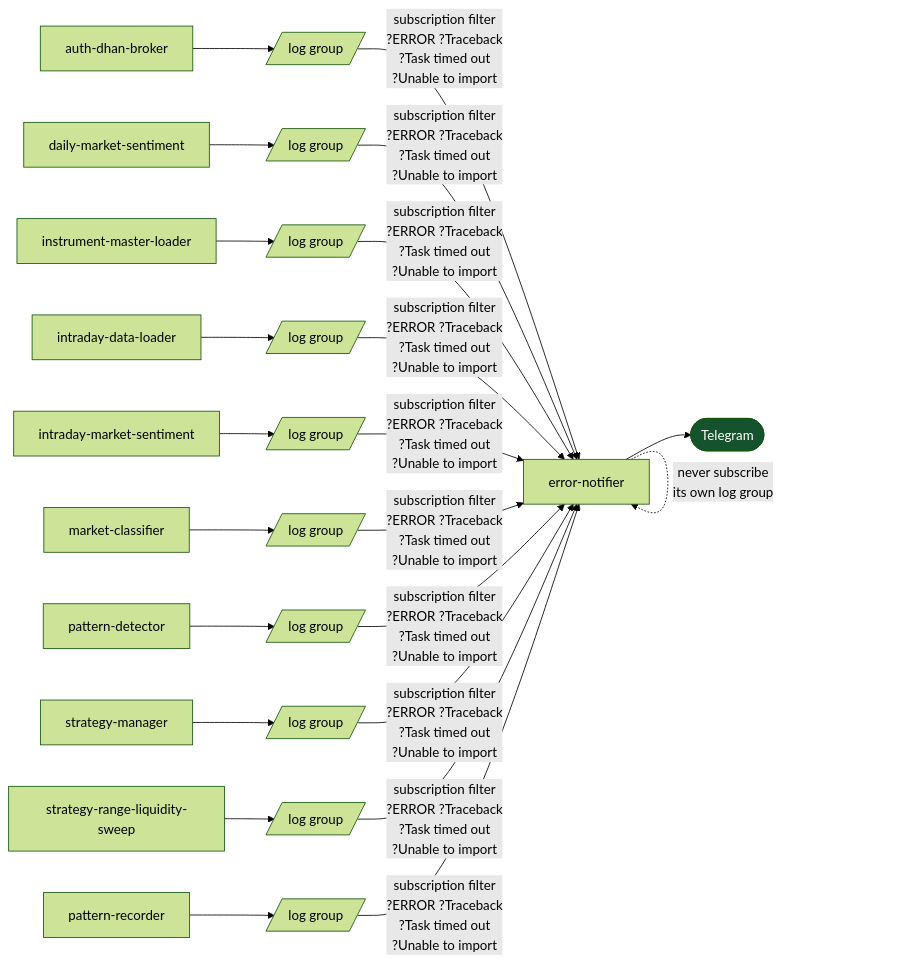
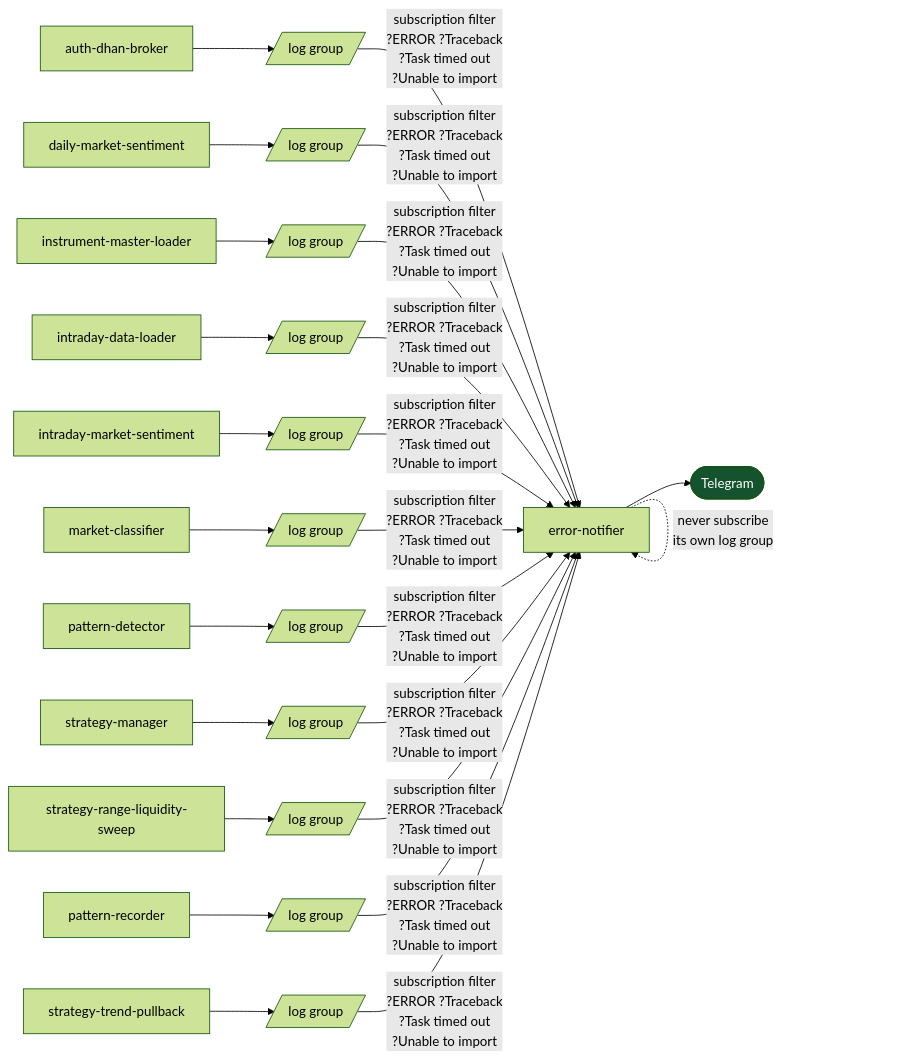
Before and after one commit to amar7585/aws-algo-claude: the seventh of 7 diagrams in docs/flow.md, drawn with Mermaid (forest theme). The commit also changed other lines of this file and 3 other files, not shown here.

Commit message:
docs: strategy-trend-pullback live; manager routes on day_trend first

````diff
--- a/docs/flow.md
+++ b/docs/flow.md
@@ -488,19 +515,20 @@
 ```mermaid
 flowchart LR
     F1["auth-dhan-broker"] --> LG1[/"log group"/]
     F2["daily-market-sentiment"] --> LG2[/"log group"/]
     F3["instrument-master-loader"] --> LG3[/"log group"/]
     F4["intraday-data-loader"] --> LG4[/"log group"/]
     F5["intraday-market-sentiment"] --> LG5[/"log group"/]
     F6["market-classifier"] --> LG6[/"log group"/]
     F7["pattern-detector"] --> LG7[/"log group"/]
     F8["strategy-manager"] --> LG8[/"log group"/]
     F9["strategy-range-liquidity-sweep"] --> LG9[/"log group"/]
     F10["pattern-recorder"] --> LG10[/"log group"/]
+    F11["strategy-trend-pullback"] --> LG11[/"log group"/]
 
-    LG1 & LG2 & LG3 & LG4 & LG5 & LG6 & LG7 & LG8 & LG9 & LG10 -->|"subscription filter<br/>?ERROR ?Traceback<br/>?Task timed out<br/>?Unable to import"| EN["error-notifier"]
+    LG1 & LG2 & LG3 & LG4 & LG5 & LG6 & LG7 & LG8 & LG9 & LG10 & LG11 -->|"subscription filter<br/>?ERROR ?Traceback<br/>?Task timed out<br/>?Unable to import"| EN["error-notifier"]
     EN --> TG(["Telegram"])
     EN -.->|"never subscribe<br/>its own log group"| EN
 
     style TG fill:#14532d,color:#fff
 ```
````
